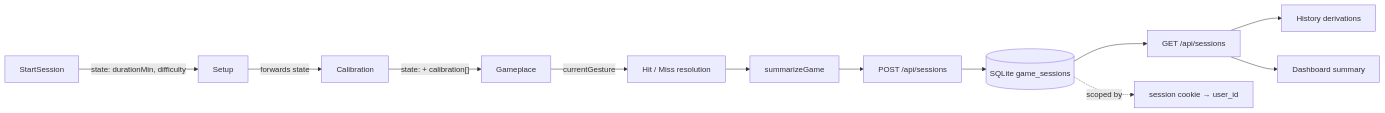
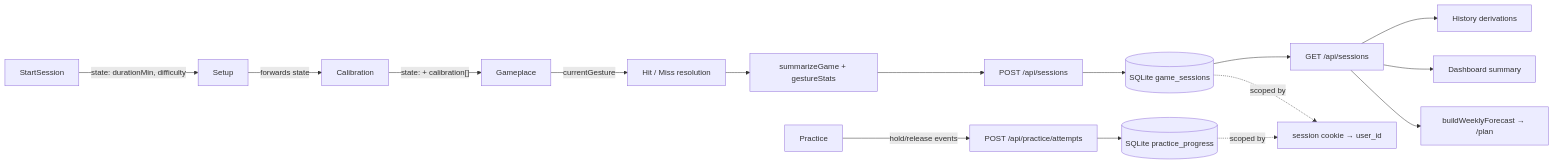
Before and after one commit to Abringe-Dev/Grip-Restore: the first of 2 diagrams in docs/features-implementation.md, drawn with Mermaid. The commit also changed other lines of this file and 1 other file, not shown here.

Commit message:
docs: document practice, forecasts, and guide

````diff
--- a/docs/features-implementation.md
+++ b/docs/features-implementation.md
@@ -145,14 +153,18 @@
 ```mermaid
 flowchart LR
   A[StartSession] -- state: durationMin, difficulty --> B[Setup]
   B -- forwards state --> C[Calibration]
   C -- state: + calibration[] --> D[Gameplace]
   D -- currentGesture --> E[Hit / Miss resolution]
-  E --> F[summarizeGame]
+  E --> F[summarizeGame + gestureStats]
   F --> G[POST /api/sessions]
   G --> H[(SQLite game_sessions)]
   H --> I[GET /api/sessions]
   I --> J[History derivations]
   I --> K[Dashboard summary]
+  I --> P[buildWeeklyForecast → /plan]
+  Q[Practice] -- hold/release events --> R[POST /api/practice/attempts]
+  R --> T[(SQLite practice_progress)]
   H -. scoped by .-> S[session cookie → user_id]
+  T -. scoped by .-> S
 ```
````
